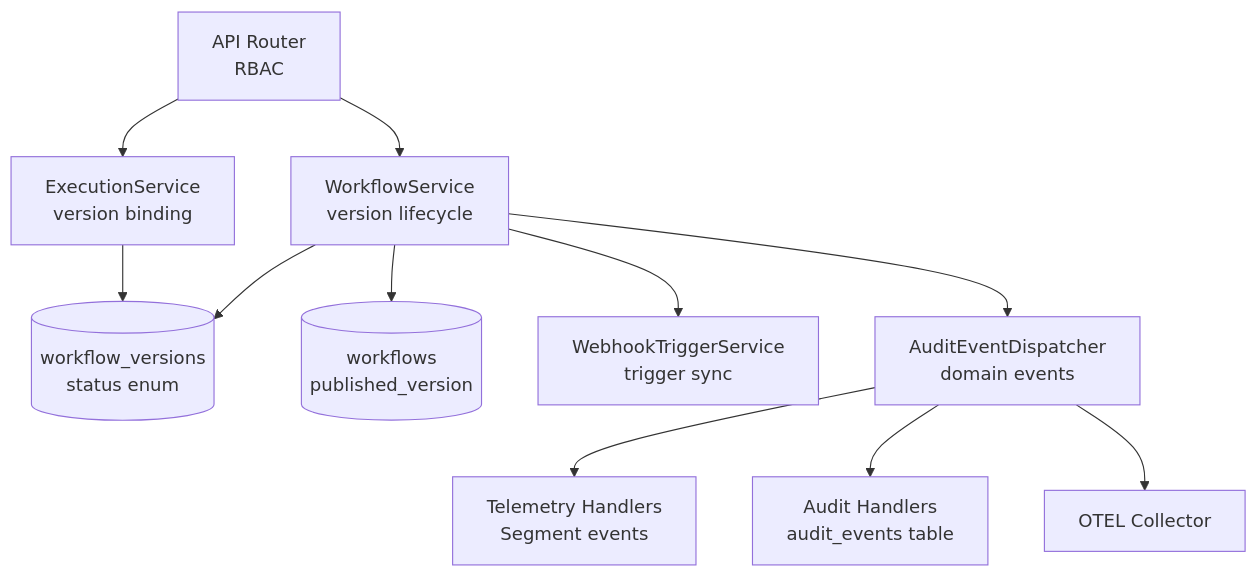
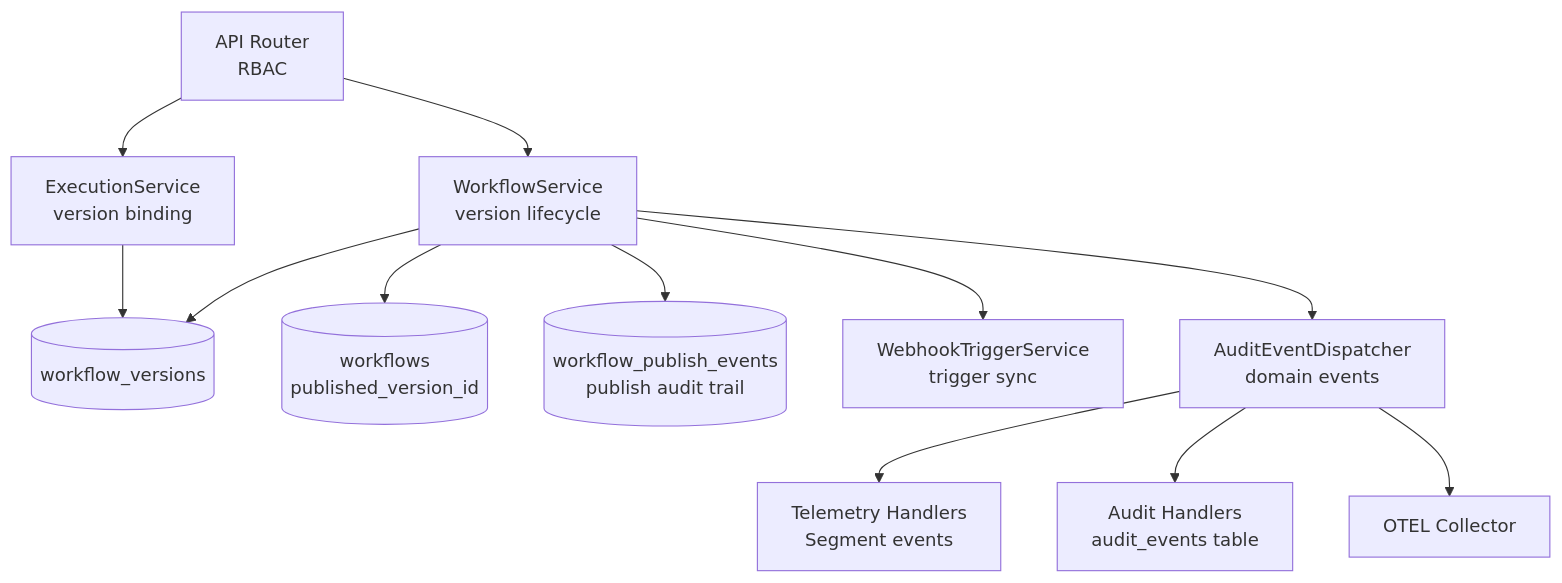
The first of 4 diagrams in backend/docs/workflow-versioning.md (alinabuzachis/syntara), drawn with Mermaid before and after one commit. The commit also changed other lines of this file and 126 other files, not shown here.

First line of the commit message:
refactor(ANSTRAT-2162): replace version status enum with published_version_id FK (#545)

````diff
--- a/backend/docs/workflow-versioning.md
+++ b/backend/docs/workflow-versioning.md
@@ -43,13 +47,14 @@
 ```mermaid
 graph TD
     A[API Router<br/>RBAC] --> B[WorkflowService<br/>version lifecycle]
-    B --> C[(workflow_versions<br/>status enum)]
-    B --> D[(workflows<br/>published_version)]
+    B --> C[(workflow_versions)]
+    B --> D[(workflows<br/>published_version_id)]
+    B --> P[(workflow_publish_events<br/>publish audit trail)]
     B --> E[WebhookTriggerService<br/>trigger sync]
     B --> F[AuditEventDispatcher<br/>domain events]
     F --> G[Telemetry Handlers<br/>Segment events]
     F --> H[Audit Handlers<br/>audit_events table]
     F --> I[OTEL Collector]
     A --> J[ExecutionService<br/>version binding]
     J --> C
 ```
````
